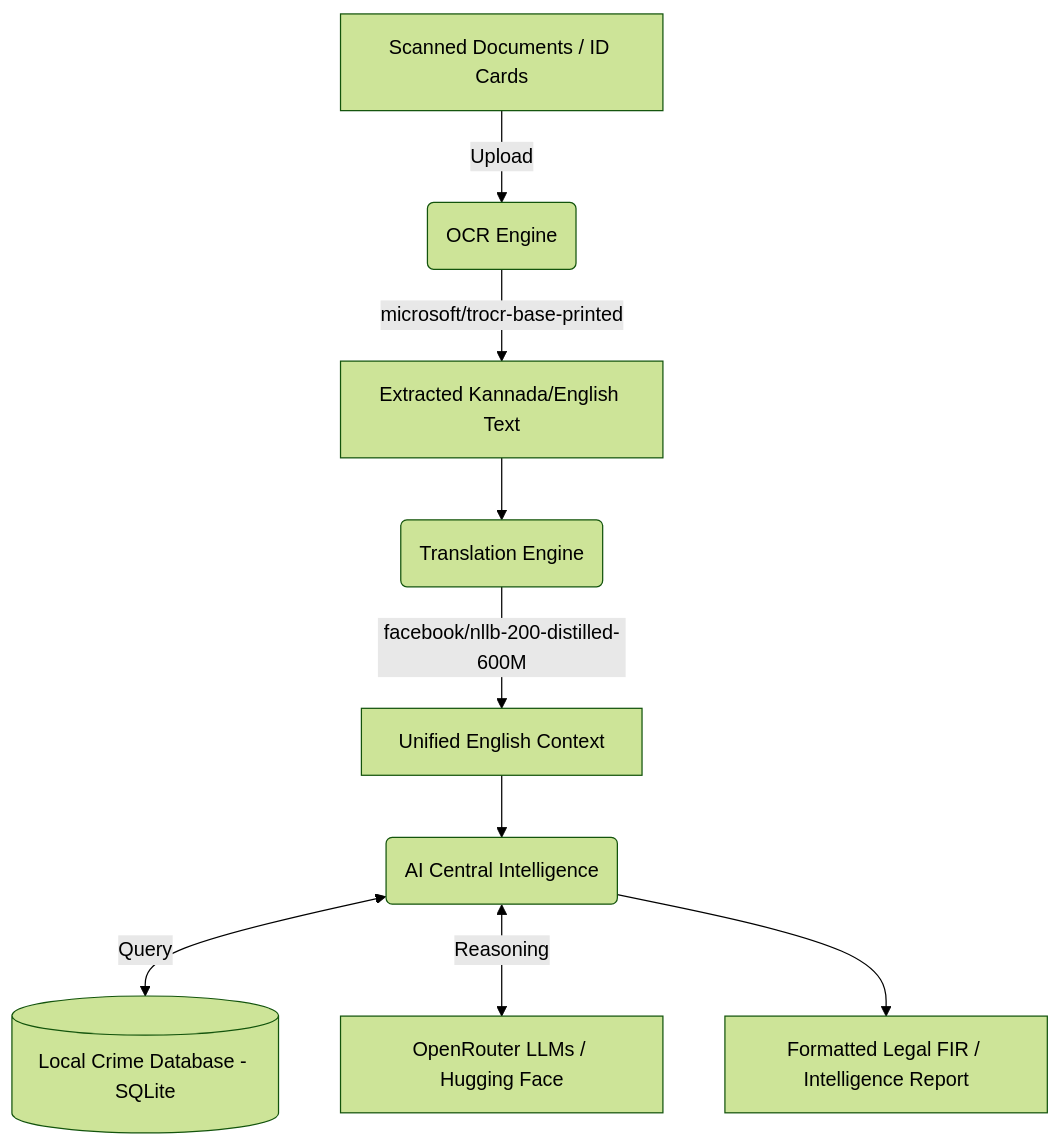
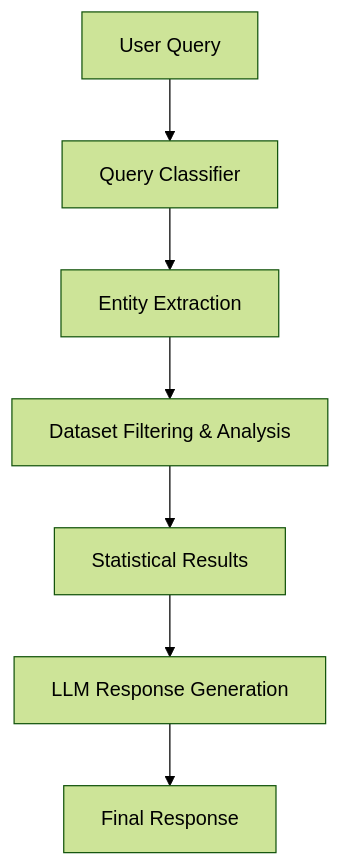
Before and after one commit to Dhureen-07/KAAVAL: the diagram in README.md, drawn with Mermaid (forest theme). The commit also changed other lines of this file, not shown here.

Commit message:
docs: add comprehensive ML module details and pipeline flowchart

````diff
--- a/README.md
+++ b/README.md
@@ -76,11 +51,9 @@
 ```mermaid
 graph TD
-    A[Scanned Documents / ID Cards] -->|Upload| B(OCR Engine)
-    B -->|microsoft/trocr-base-printed| C[Extracted Kannada/English Text]
-    C --> D(Translation Engine)
-    D -->|facebook/nllb-200-distilled-600M| E[Unified English Context]
-    E --> F(AI Central Intelligence)
-    F <-->|Query| G[(Local Crime Database - SQLite)]
-    F <-->|Reasoning| H[OpenRouter LLMs / Hugging Face]
-    F --> I[Formatted Legal FIR / Intelligence Report]
+    A[User Query] --> B[Query Classifier]
+    B --> C[Entity Extraction]
+    C --> D[Dataset Filtering & Analysis]
+    D --> E[Statistical Results]
+    E --> F[LLM Response Generation]
+    F --> G[Final Response]
 ```
````
